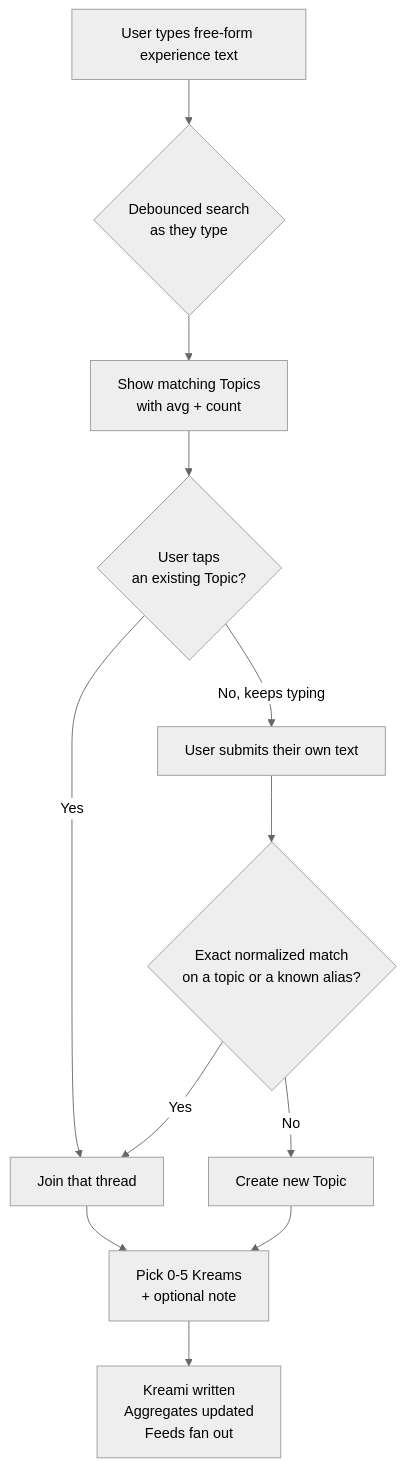
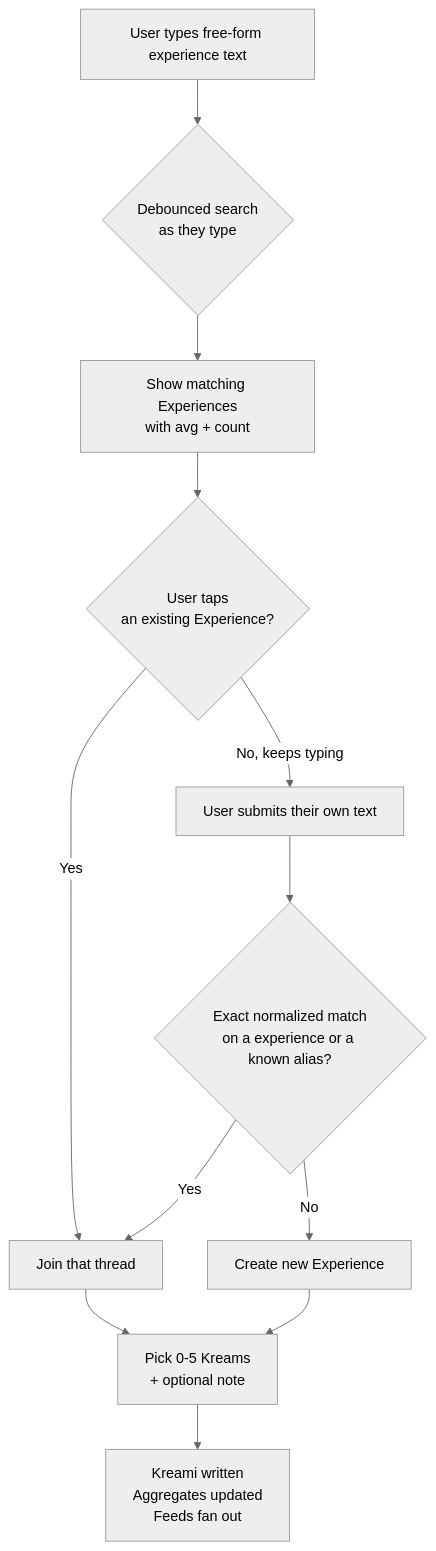
One commit to FlockCS/kreami changed the second of 2 diagrams in docs/02-domain-model.md. Above: the diagram before and after it, drawn with Mermaid (neutral theme). The commit also changed other lines of this file and 16 other files, not shown here.

````diff
--- a/docs/02-domain-model.md
+++ b/docs/02-domain-model.md
@@ -96,14 +96,14 @@
 ```mermaid
 flowchart TD
     A[User types free-form experience text] --> B{Debounced search<br/>as they type}
-    B --> C[Show matching Topics<br/>with avg + count]
-    C --> D{User taps<br/>an existing Topic?}
+    B --> C[Show matching Experiences<br/>with avg + count]
+    C --> D{User taps<br/>an existing Experience?}
     D -->|Yes| E[Join that thread]
     D -->|No, keeps typing| F[User submits their own text]
-    F --> G{Exact normalized match<br/>on a topic or a known alias?}
+    F --> G{Exact normalized match<br/>on a experience or a known alias?}
     G -->|Yes| E
-    G -->|No| J[Create new Topic]
+    G -->|No| J[Create new Experience]
     E --> K[Pick 0-5 Kreams<br/>+ optional note]
     J --> K
     K --> L[Kreami written<br/>Aggregates updated<br/>Feeds fan out]
 ```
````
